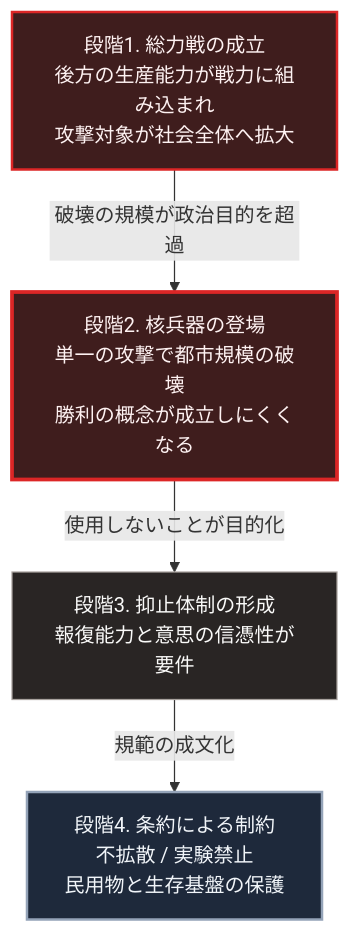
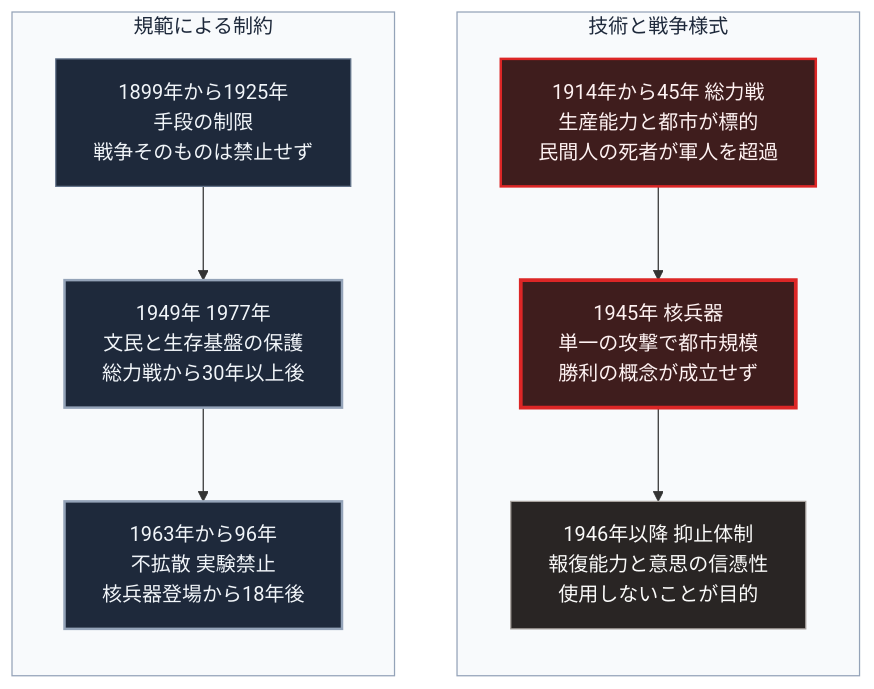
Before and after one commit to Takenori-Kusaka/zenn-content: the diagram in books/sovereign-resilience-blueprint/war-total-war-and-nuclear.md, drawn with Mermaid. The commit also changed other lines of this file and 114 other files, not shown here.

````diff
--- a/books/sovereign-resilience-blueprint/war-total-war-and-nuclear.md
+++ b/books/sovereign-resilience-blueprint/war-total-war-and-nuclear.md
@@ -85,12 +85,24 @@
 ```mermaid
 flowchart TD
-    A[段階1. 総力戦の成立<br>後方の生産能力が戦力に組み込まれ<br>攻撃対象が社会全体へ拡大]
-    A -->|破壊の規模が政治目的を超過| B[段階2. 核兵器の登場<br>単一の攻撃で都市規模の破壊<br>勝利の概念が成立しにくくなる]
-    B -->|使用しないことが目的化| C[段階3. 抑止体制の形成<br>報復能力と意思の信憑性が要件]
-    C -->|規範の成文化| D[段階4. 条約による制約<br>不拡散 / 実験禁止<br>民用物と生存基盤の保護]
+    subgraph GA[技術と戦争様式]
+        direction TB
+        A1[1914年から45年 総力戦<br>生産能力と都市が標的<br>民間人の死者が軍人を超過]
+        A1 --> A2[1945年 核兵器<br>単一の攻撃で都市規模<br>勝利の概念が成立せず]
+        A2 --> A3[1946年以降 抑止体制<br>報復能力と意思の信憑性<br>使用しないことが目的]
+    end
+    subgraph GB[規範による制約]
+        direction TB
+        B1[1899年から1925年<br>手段の制限<br>戦争そのものは禁止せず]
+        B1 --> B2[1949年 1977年<br>文民と生存基盤の保護<br>総力戦から30年以上後]
+        B2 --> B3[1963年から96年<br>不拡散 実験禁止<br>核兵器登場から18年後]
+    end
 
-    style A fill:#3f1d1d,stroke:#dc2626,stroke-width:2px,color:#fef2f2
-    style B fill:#3f1d1d,stroke:#dc2626,stroke-width:3px,color:#fef2f2
-    style C fill:#292524,stroke:#a8a29e,color:#fafaf9
-    style D fill:#1e293b,stroke:#94a3b8,stroke-width:2px,color:#f1f5f9
+    style GA fill:#f8fafc,stroke:#94a3b8,color:#1e293b
+    style GB fill:#f8fafc,stroke:#94a3b8,color:#1e293b
+    style A1 fill:#3f1d1d,stroke:#dc2626,stroke-width:2px,color:#fef2f2
+    style A2 fill:#3f1d1d,stroke:#dc2626,stroke-width:3px,color:#fef2f2
+    style A3 fill:#292524,stroke:#a8a29e,color:#fafaf9
+    style B1 fill:#1e293b,stroke:#64748b,color:#f1f5f9
+    style B2 fill:#1e293b,stroke:#94a3b8,stroke-width:2px,color:#f1f5f9
+    style B3 fill:#1e293b,stroke:#94a3b8,stroke-width:2px,color:#f1f5f9
 ```
````
